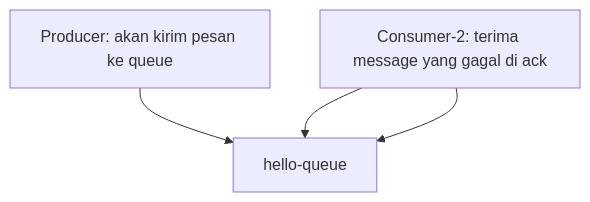
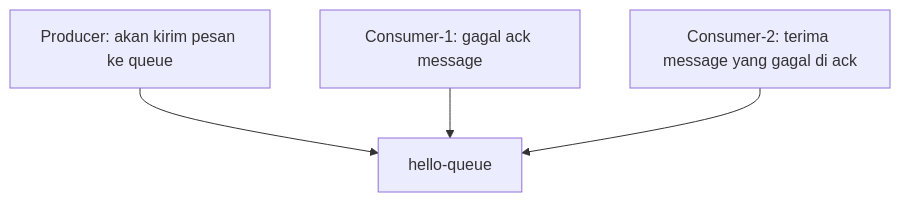
Before and after one commit to Keda87/sinau-mempeng: the diagram in tech/programming/rabbitmq/demo-mq/message_acknowledgement/index.md, drawn with Mermaid.

````diff
--- a/tech/programming/rabbitmq/demo-mq/message_acknowledgement/index.md
+++ b/tech/programming/rabbitmq/demo-mq/message_acknowledgement/index.md
@@ -12,6 +12,6 @@
 ```mermaid
 graph TD;
     Producer[Producer: akan kirim pesan ke queue]-->hello-queue;
-    Consumer[Consumer-1: gagal ack message]-->hello-queue;
-    Consumer[Consumer-2: terima message yang gagal di ack]-->hello-queue;
+    Consumer-1[Consumer-1: gagal ack message]-->hello-queue;
+    Consumer-2[Consumer-2: terima message yang gagal di ack]-->hello-queue;
 ```
````
